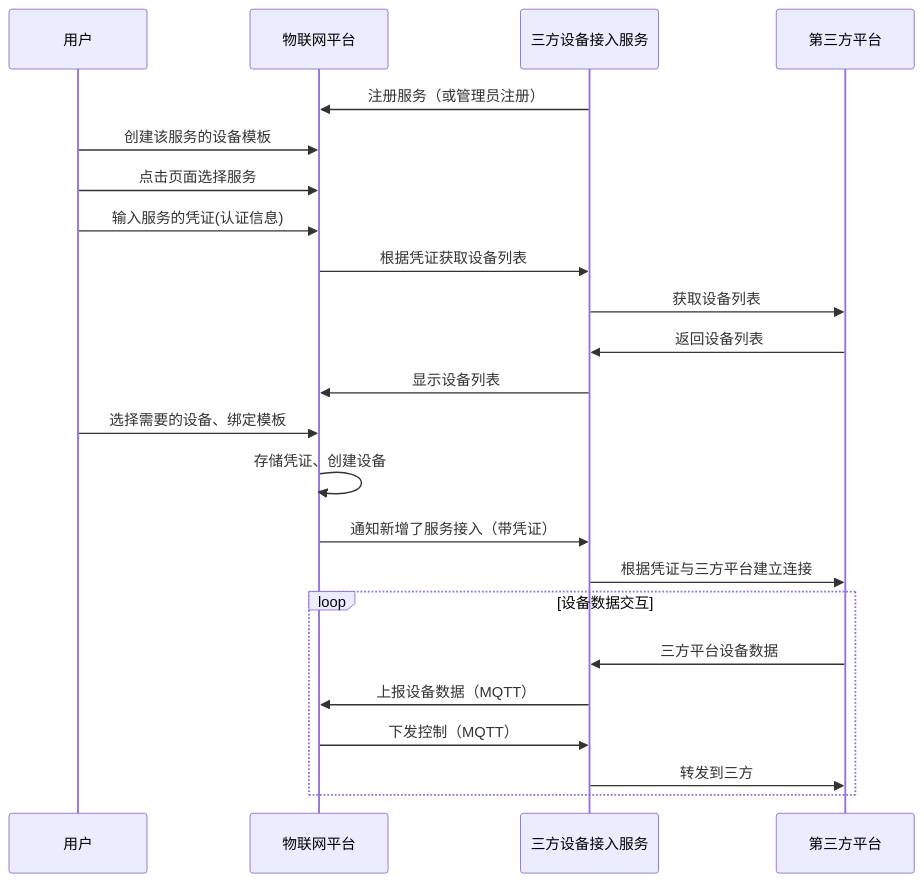
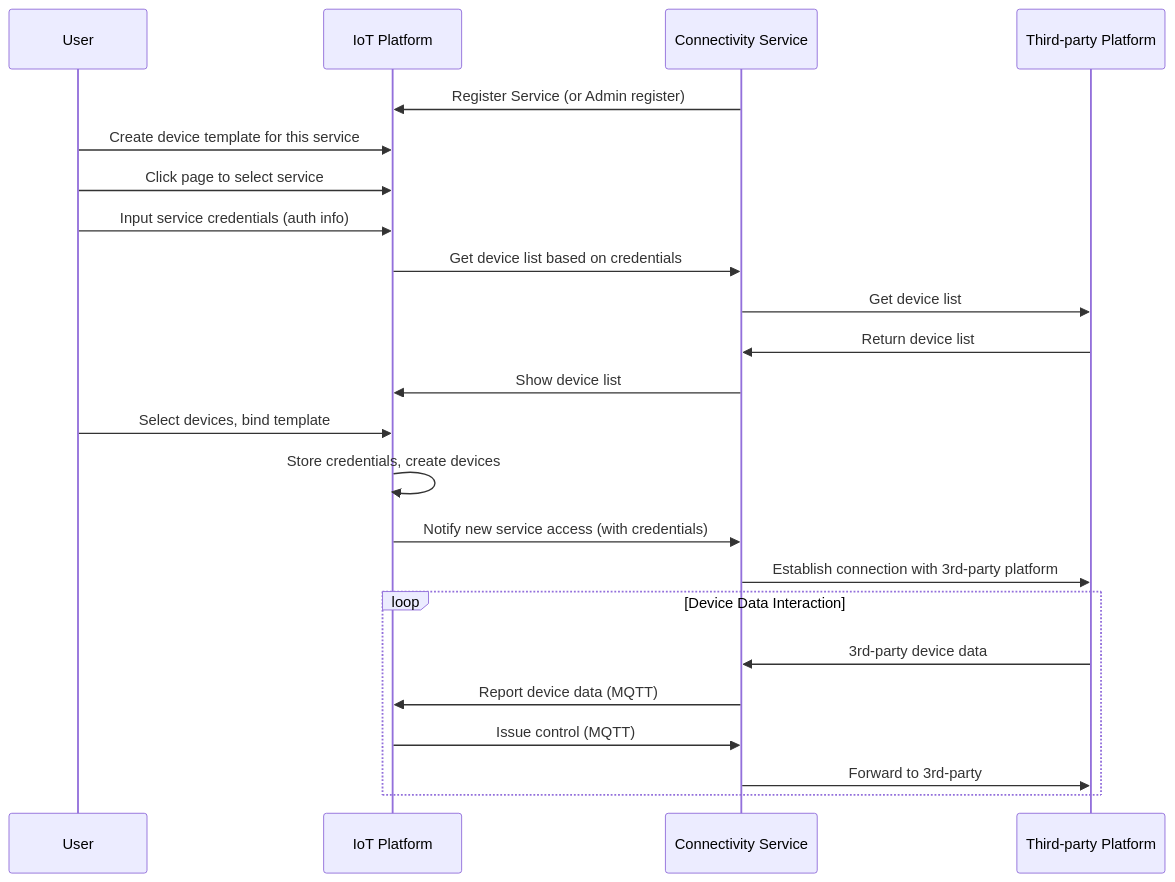
The second of 3 diagrams in docs/developer-guide/developing-plug-in/customProtocol.md (ThingsPanel/thingspanel.github.io), drawn with Mermaid before and after one commit. The commit also changed other lines of this file and 587 other files, not shown here.

````diff
--- a/docs/developer-guide/developing-plug-in/customProtocol.md
+++ b/docs/developer-guide/developing-plug-in/customProtocol.md
@@ -76,27 +76,27 @@
 ```mermaid
 sequenceDiagram
-    participant 用户
-    participant OurPlatform as 物联网平台
-    participant Plugin as 三方设备接入服务
-    participant ThirdParty as 第三方平台
+    participant User
+    participant OurPlatform as IoT Platform
+    participant Plugin as Connectivity Service
+    participant ThirdParty as Third-party Platform
 
-    Plugin->>OurPlatform: 注册服务（或管理员注册）
-    用户->>OurPlatform: 创建该服务的设备模板
-    用户->>OurPlatform: 点击页面选择服务
-    用户->>OurPlatform: 输入服务的凭证(认证信息)
-    OurPlatform->>Plugin: 根据凭证获取设备列表
-    Plugin->>ThirdParty: 获取设备列表
-    ThirdParty->>Plugin: 返回设备列表
-    Plugin->>OurPlatform: 显示设备列表
-    用户->>OurPlatform: 选择需要的设备、绑定模板
-    OurPlatform->>OurPlatform: 存储凭证、创建设备
-    OurPlatform->>Plugin: 通知新增了服务接入（带凭证）
-    Plugin->>ThirdParty: 根据凭证与三方平台建立连接
+    Plugin->>OurPlatform: Register Service (or Admin register)
+    User->>OurPlatform: Create device template for this service
+    User->>OurPlatform: Click page to select service
+    User->>OurPlatform: Input service credentials (auth info)
+    OurPlatform->>Plugin: Get device list based on credentials
+    Plugin->>ThirdParty: Get device list
+    ThirdParty->>Plugin: Return device list
+    Plugin->>OurPlatform: Show device list
+    User->>OurPlatform: Select devices, bind template
+    OurPlatform->>OurPlatform: Store credentials, create devices
+    OurPlatform->>Plugin: Notify new service access (with credentials)
+    Plugin->>ThirdParty: Establish connection with 3rd-party platform
     
-    loop 设备数据交互
-        ThirdParty->>Plugin: 三方平台设备数据
-        Plugin->>OurPlatform: 上报设备数据（MQTT）
-        OurPlatform->>Plugin: 下发控制（MQTT）
-        Plugin->>ThirdParty: 转发到三方
+    loop Device Data Interaction
+        ThirdParty->>Plugin: 3rd-party device data
+        Plugin->>OurPlatform: Report device data (MQTT)
+        OurPlatform->>Plugin: Issue control (MQTT)
+        Plugin->>ThirdParty: Forward to 3rd-party
     end
 ```
````
